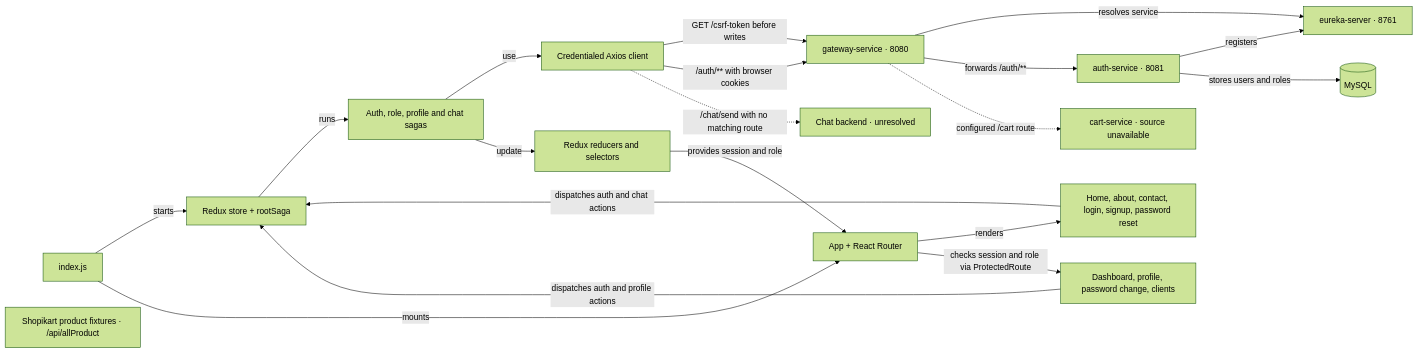
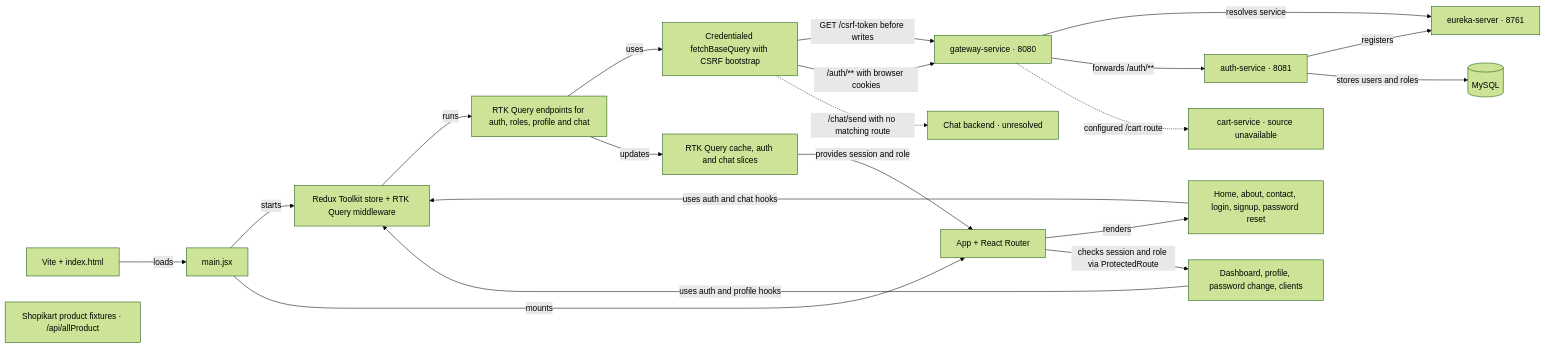
The diagram in KNOWLEDGE_GRAPH.md (anuragsknsits/shopist), drawn with Mermaid (forest theme) before and after one commit. The commit also changed other lines of this file and 59 other files, not shown here.

Commit message:
update code base to vite and check readme

````diff
--- a/KNOWLEDGE_GRAPH.md
+++ b/KNOWLEDGE_GRAPH.md
@@ -3,22 +3,23 @@
 ```mermaid
 flowchart LR
-    Boot["index.js"] -->|starts| Store["Redux store + rootSaga"]
+    Vite["Vite + index.html"] -->|loads| Boot
+    Boot["main.jsx"] -->|starts| Store["Redux Toolkit store + RTK Query middleware"]
     Boot -->|mounts| App["App + React Router"]
     App -->|renders| Public["Home, about, contact, login, signup, password reset"]
     App -->|checks session and role via ProtectedRoute| Private["Dashboard, profile, password change, clients"]
-    Public -->|dispatches auth and chat actions| Store
-    Private -->|dispatches auth and profile actions| Store
-    Store -->|runs| Sagas["Auth, role, profile and chat sagas"]
-    Sagas -->|use| HTTP["Credentialed Axios client"]
-    Sagas -->|update| State["Redux reducers and selectors"]
+    Public -->|uses auth and chat hooks| Store
+    Private -->|uses auth and profile hooks| Store
+    Store -->|runs| API["RTK Query endpoints for auth, roles, profile and chat"]
+    API -->|uses| HTTP["Credentialed fetchBaseQuery with CSRF bootstrap"]
+    API -->|updates| State["RTK Query cache, auth and chat slices"]
     State -->|provides session and role| App
     HTTP -->|GET /csrf-token before writes| Gateway["gateway-service · 8080"]
     HTTP -->|/auth/** with browser cookies| Gateway
     Gateway -->|resolves service| Eureka["eureka-server · 8761"]
     Gateway -->|forwards /auth/**| Auth["auth-service · 8081"]
     Auth -->|registers| Eureka
     Auth -->|stores users and roles| DB[(MySQL)]
     Gateway -.->|configured /cart route| Cart["cart-service · source unavailable"]
     HTTP -.->|/chat/send with no matching route| Chat["Chat backend · unresolved"]
     Product["Shopikart product fixtures · /api/allProduct"]
 ```
````
